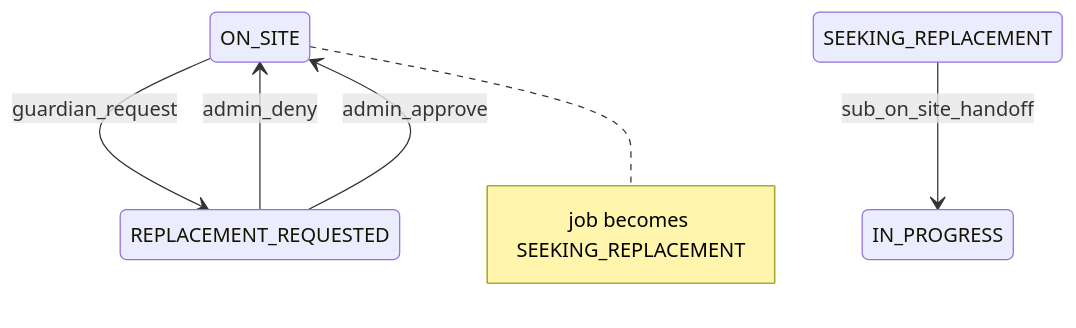
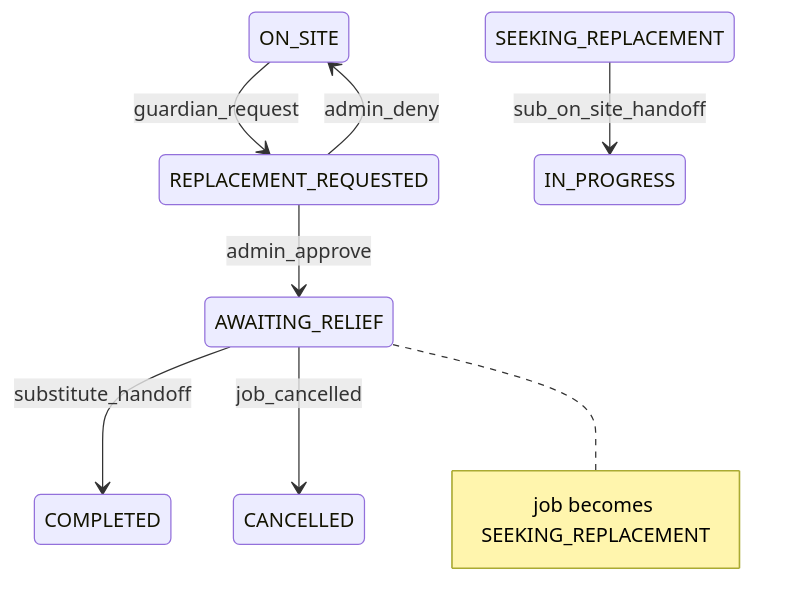
One commit to Orrie-Dan/Guardian-backend-service changed the diagram in docs/api/replacement.md. Above: the diagram before and after it, drawn with Mermaid. The commit also changed other lines of this file and 56 other files, not shown here.

Commit message:
Add guardian payroll and AWAITING_RELIEF replacement status. Introduce earnings accrual and payout workflows tied to completed assignments, add the AWAITING_RELIEF assignment state for approved replacements, and update billing, notifications, admin, and API docs accordingly.

````diff
--- a/docs/api/replacement.md
+++ b/docs/api/replacement.md
@@ -11,8 +11,10 @@
 ```mermaid
 stateDiagram-v2
   ON_SITE --> REPLACEMENT_REQUESTED: guardian_request
   REPLACEMENT_REQUESTED --> ON_SITE: admin_deny
-  REPLACEMENT_REQUESTED --> ON_SITE: admin_approve
-  note right of ON_SITE: job becomes SEEKING_REPLACEMENT
+  REPLACEMENT_REQUESTED --> AWAITING_RELIEF: admin_approve
+  AWAITING_RELIEF --> COMPLETED: substitute_handoff
+  AWAITING_RELIEF --> CANCELLED: job_cancelled
+  note right of AWAITING_RELIEF: job becomes SEEKING_REPLACEMENT
   SEEKING_REPLACEMENT --> IN_PROGRESS: sub_on_site_handoff
 ```
````
